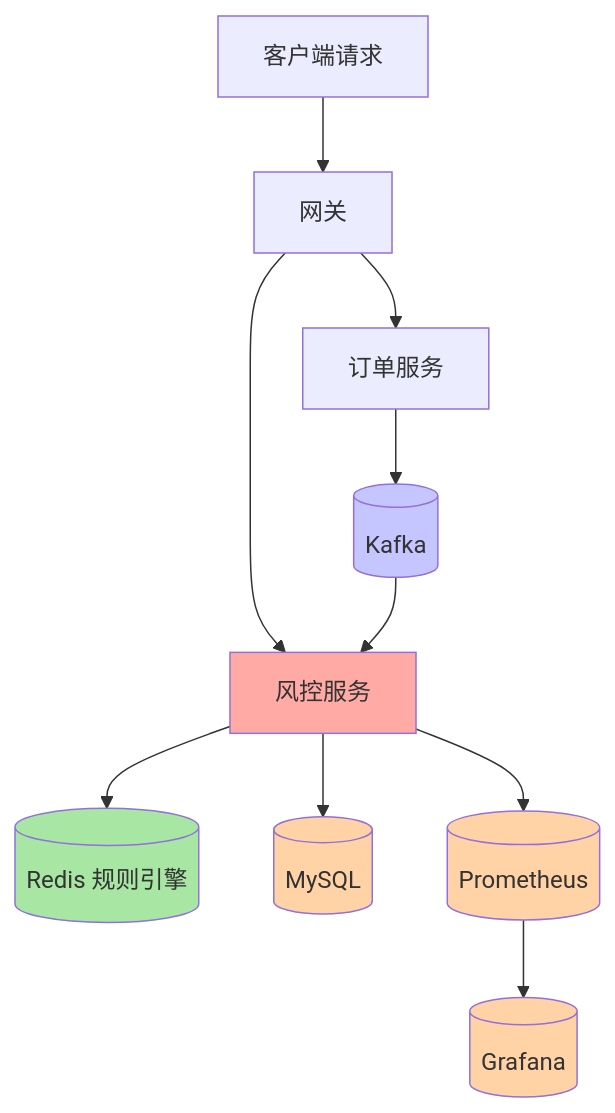
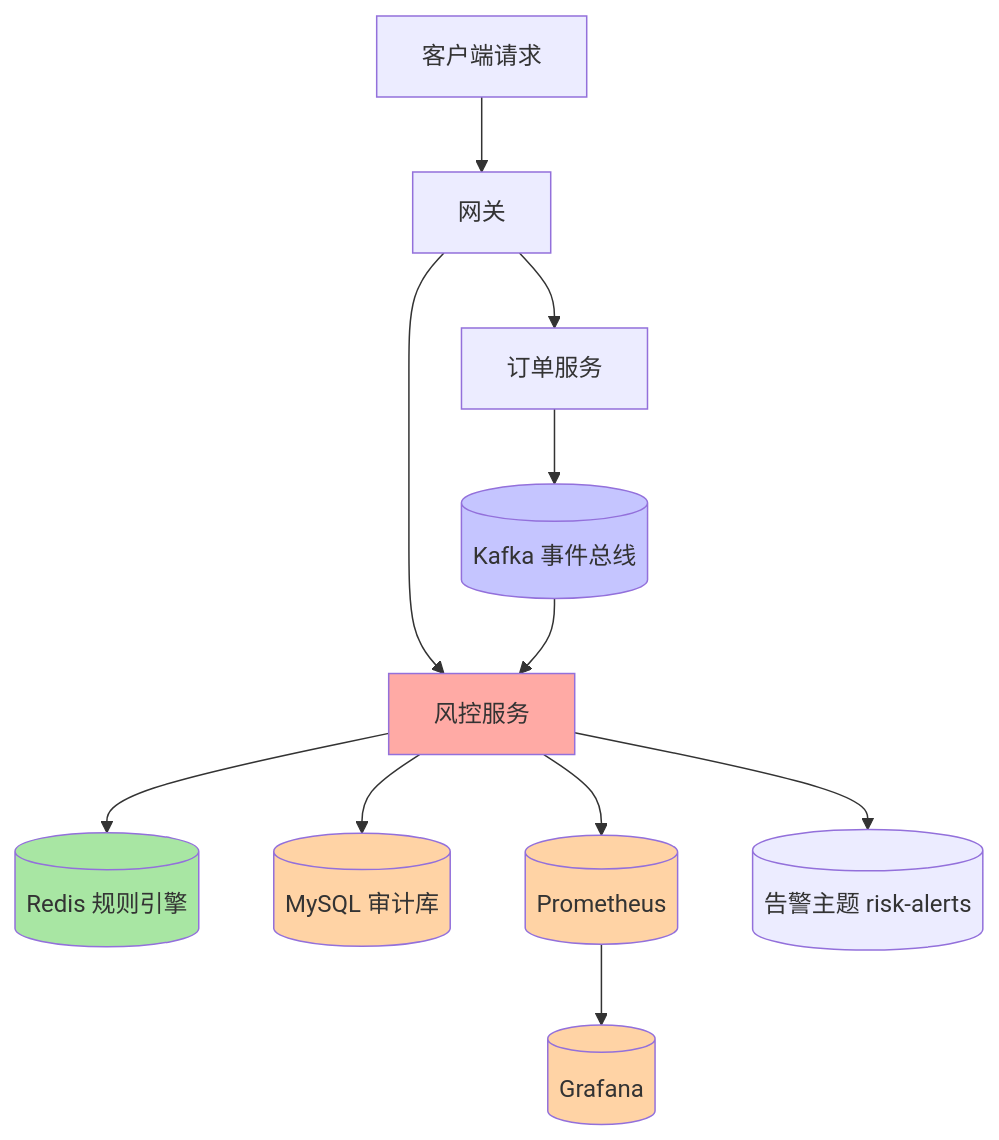
One commit to xiaobo1997/programmer-knowledge-graph changed the first of 5 diagrams in docs/backend/python/use-python/整合层/Python企业级微服务Demo/2_风控微服务Demo-整合.md. Above: the diagram before and after it, drawn with Mermaid. The commit also changed other lines of this file and 56 other files, not shown here.

````diff
--- a/docs/backend/python/use-python/整合层/Python企业级微服务Demo/2_风控微服务Demo-整合.md
+++ b/docs/backend/python/use-python/整合层/Python企业级微服务Demo/2_风控微服务Demo-整合.md
@@ -19,20 +27,21 @@
 ```mermaid
 graph TD
     Client[客户端请求] --> GW[网关]
     GW --> Order[订单服务]
     GW --> Risk[风控服务]
 
-    Order --> Kafka[(Kafka)]
+    Order --> Kafka[(Kafka 事件总线)]
     Kafka --> Risk
     Risk --> Redis[(Redis 规则引擎)]
-    Risk --> MySQL[(MySQL)]
+    Risk --> MySQL[(MySQL 审计库)]
     Risk --> Prom[(Prometheus)]
     Prom --> Grafana[(Grafana)]
+    Risk --> Alert[(告警主题 risk-alerts)]
 
     style Risk fill:#ffaaa5
     style Kafka fill:#c5c5ff
     style Redis fill:#a8e6a3
     style MySQL fill:#ffd3a5
     style Prom fill:#ffd3a5
     style Grafana fill:#ffd3a5
 ```
````
